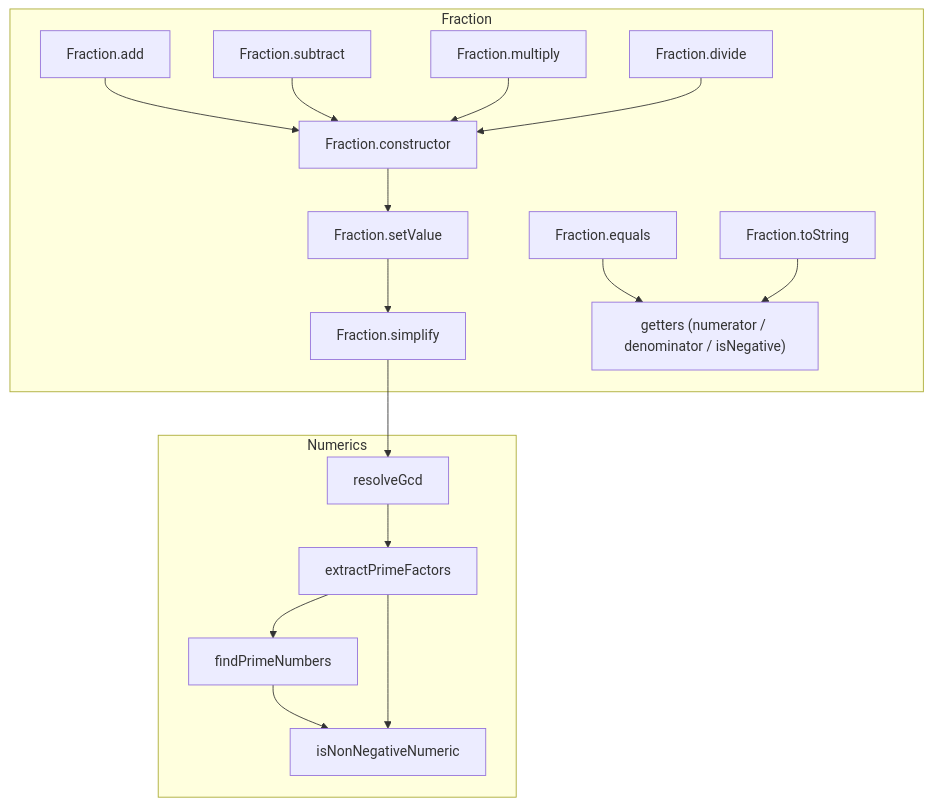
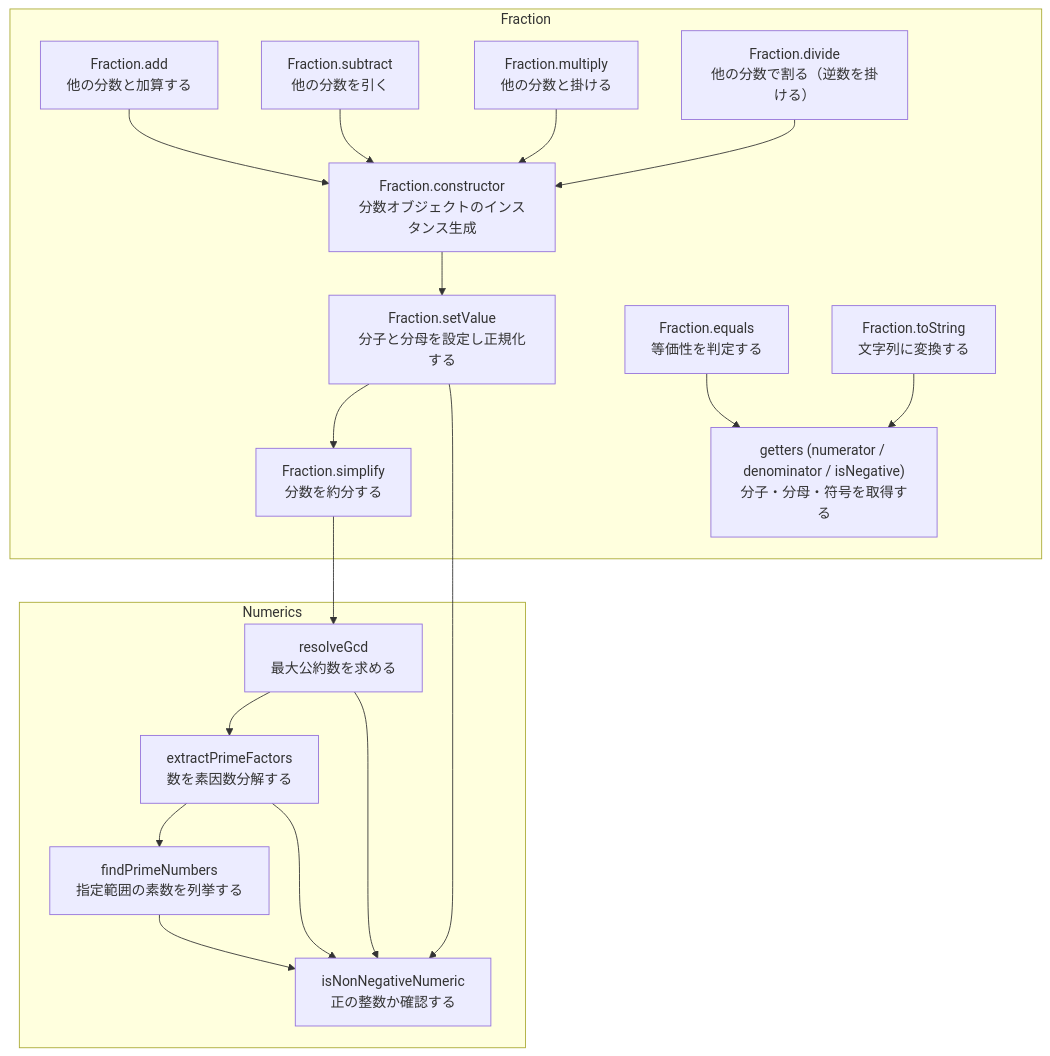
Before and after one commit to kazumatu981/fraction: the diagram in docs/api/index.md, drawn with Mermaid.

Commit message:
コールグラフをアップデート

````diff
--- a/docs/api/index.md
+++ b/docs/api/index.md
@@ -24,42 +24,44 @@
 ```mermaid
 graph
   %% Fraction クラス側
   subgraph Fraction
-    F_Constructor["Fraction.constructor"]
-    F_setValue["Fraction.setValue"]
-    F_simplify["Fraction.simplify"]
-    F_add["Fraction.add"]
-    F_subtract["Fraction.subtract"]
-    F_multiply["Fraction.multiply"]
-    F_divide["Fraction.divide"]
-    F_equals["Fraction.equals"]
-    F_toString["Fraction.toString"]
-    F_getters["getters (numerator / denominator / isNegative)"]
+    F_Constructor["Fraction.constructor<br/>分数オブジェクトのインスタンス生成"]
+    F_setValue["Fraction.setValue<br/>分子と分母を設定し正規化する"]
+    F_simplify["Fraction.simplify<br/>分数を約分する"]
+    F_add["Fraction.add<br/>他の分数と加算する"]
+    F_subtract["Fraction.subtract<br/>他の分数を引く"]
+    F_multiply["Fraction.multiply<br/>他の分数と掛ける"]
+    F_divide["Fraction.divide<br/>他の分数で割る（逆数を掛ける）"]
+    F_equals["Fraction.equals<br/>等価性を判定する"]
+    F_toString["Fraction.toString<br/>文字列に変換する"]
+    F_getters["getters (numerator / denominator / isNegative)<br/>分子・分母・符号を取得する"]
   end
 
   %% numerics.ts 側
   subgraph Numerics
-    N_isNonNegativeNumeric["isNonNegativeNumeric"]
-    N_findPrimeNumbers["findPrimeNumbers"]
-    N_extractPrimeFactors["extractPrimeFactors"]
-    N_resolveGcd["resolveGcd"]
+    N_isNonNegativeNumeric["isNonNegativeNumeric<br/>正の整数か確認する"]
+    N_findPrimeNumbers["findPrimeNumbers<br/>指定範囲の素数を列挙する"]
+    N_extractPrimeFactors["extractPrimeFactors<br/>数を素因数分解する"]
+    N_resolveGcd["resolveGcd<br/>最大公約数を求める"]
   end
 
   %% 想定される呼び出し関係（JSDoc/関数名から推定）
   F_Constructor --> F_setValue
   F_setValue --> F_simplify
+  F_setValue --> N_isNonNegativeNumeric
   F_simplify --> N_resolveGcd
 
   F_add --> F_Constructor
   F_subtract --> F_Constructor
   F_multiply --> F_Constructor
   F_divide --> F_Constructor
 
   N_resolveGcd --> N_extractPrimeFactors
+  N_resolveGcd --> N_isNonNegativeNumeric
   N_extractPrimeFactors --> N_findPrimeNumbers
   N_findPrimeNumbers --> N_isNonNegativeNumeric
   N_extractPrimeFactors --> N_isNonNegativeNumeric
 
   F_equals --> F_getters
   F_toString --> F_getters
 ```
````
